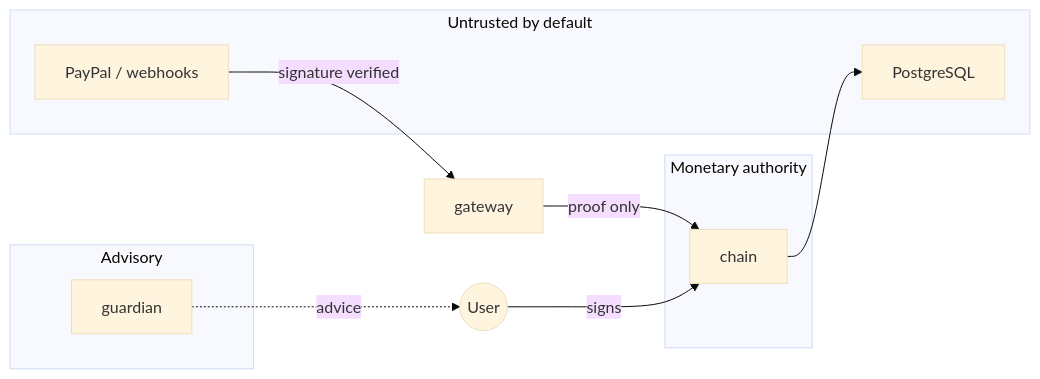
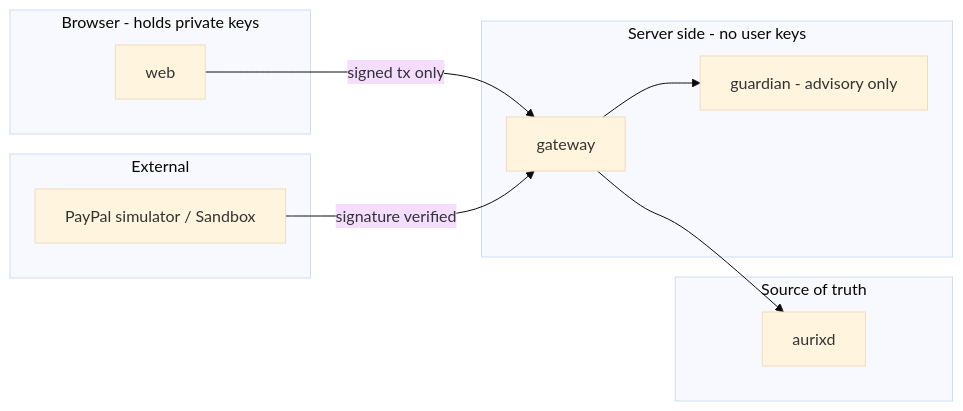
One commit to joeylukoji/Aurix changed the tenth of 11 diagrams in docs/architecture/diagrams.md. Above: the diagram before and after it, drawn with Mermaid (base theme). The commit also changed other lines of this file and 7 other files, not shown here.

Commit message:
docs: as-built architecture, sprint status, Devpost description and demo script

````diff
--- a/docs/architecture/diagrams.md
+++ b/docs/architecture/diagrams.md
@@ -217,18 +206,20 @@
 ```mermaid
 flowchart LR
-    subgraph TRUST[Monetary authority]
-        L1[chain]
+    subgraph Browser[Browser - holds private keys]
+        W[web]
     end
-    subgraph ADVISORY[Advisory]
-        L3[guardian]
+    subgraph Server[Server side - no user keys]
+        G[gateway]
+        N[guardian - advisory only]
     end
-    subgraph UNTRUSTED[Untrusted by default]
-        L4[PayPal / webhooks]
-        IDX[PostgreSQL]
+    subgraph Ledger[Source of truth]
+        C[aurixd]
     end
-    L3 -. advice .-> USER((User))
-    USER -->|signs| L1
-    L4 -->|signature verified| GW[gateway]
-    GW -->|proof only| L1
-    L1 --> IDX
+    subgraph External[External]
+        P[PayPal simulator / Sandbox]
+    end
+    W -->|signed tx only| G
+    G --> N
+    G --> C
+    P -->|signature verified| G
 ```
````
